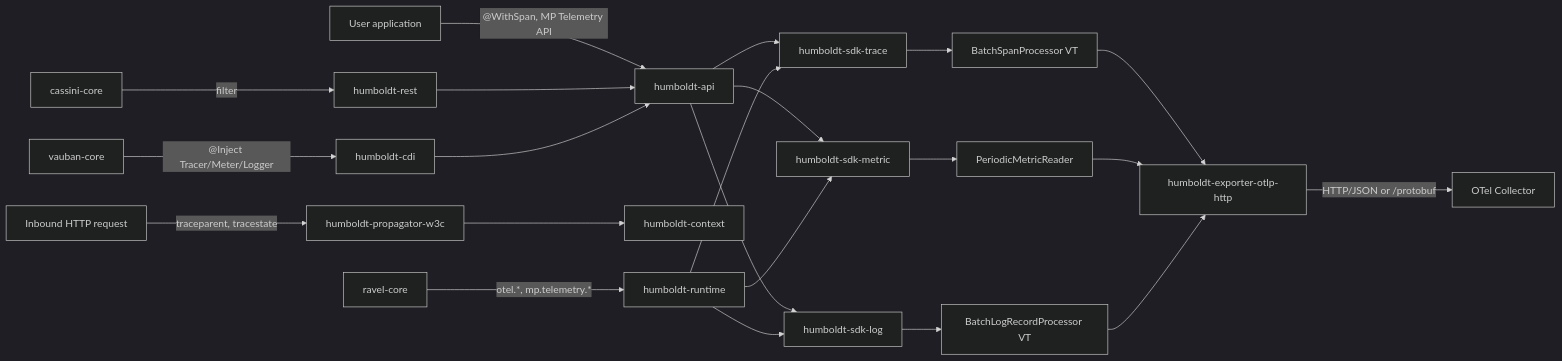
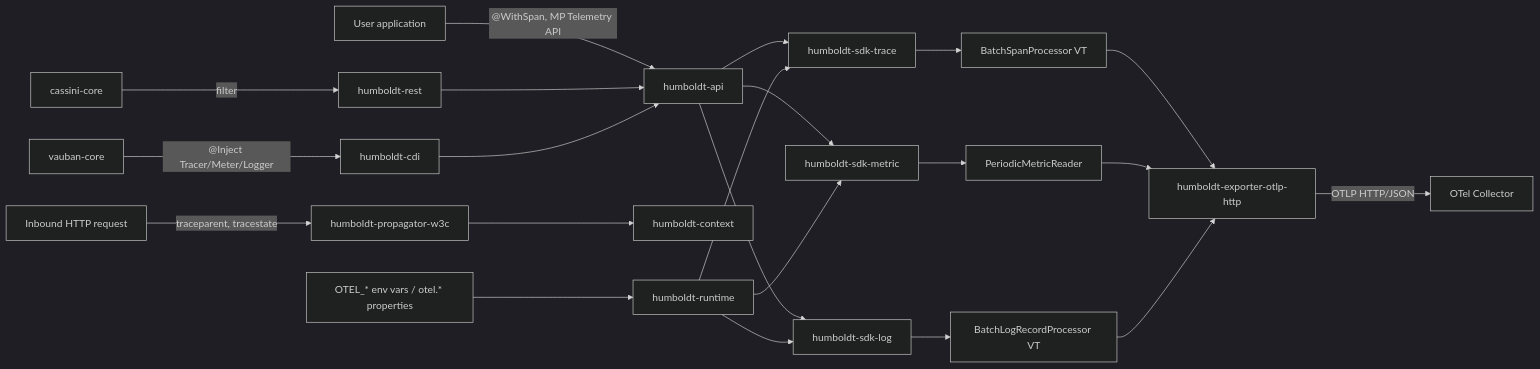
One commit to vidocq-stack/humboldt changed the diagram in docs/en/modules/ROOT/pages/index.adoc. Above: the diagram before and after it, drawn with Mermaid (dark theme). The commit also changed other lines of this file and 7 other files, not shown here.

```diff
--- a/docs/en/modules/ROOT/pages/index.adoc
+++ b/docs/en/modules/ROOT/pages/index.adoc
@@ -59,25 +59,25 @@
 [mermaid]
 ....
 flowchart LR
   App[User application] -->|"@WithSpan, MP Telemetry API"| API[humboldt-api]
   HTTP[Inbound HTTP request] -->|traceparent, tracestate| Prop[humboldt-propagator-w3c]
   Prop --> Ctx[humboldt-context]
   API --> Trace[humboldt-sdk-trace]
   API --> Metric[humboldt-sdk-metric]
   API --> Log[humboldt-sdk-log]
   Trace --> Batch[BatchSpanProcessor VT]
   Metric --> Reader[PeriodicMetricReader]
   Log --> BatchL[BatchLogRecordProcessor VT]
   Batch --> Exp[humboldt-exporter-otlp-http]
   Reader --> Exp
   BatchL --> Exp
-  Exp -->|HTTP/JSON or /protobuf| Coll[OTel Collector]
+  Exp -->|OTLP HTTP/JSON| Coll[OTel Collector]
   Cassini[cassini-core] -->|filter| REST[humboldt-rest]
   REST --> API
   Vauban[vauban-core] -->|"@Inject Tracer/Meter/Logger"| CDI[humboldt-cdi]
   CDI --> API
-  Ravel[ravel-core] -->|otel.*, mp.telemetry.*| Runtime[humboldt-runtime]
+  Env["OTEL_* env vars / otel.* properties"] --> Runtime[humboldt-runtime]
   Runtime --> Trace
   Runtime --> Metric
   Runtime --> Log
 ....
```
